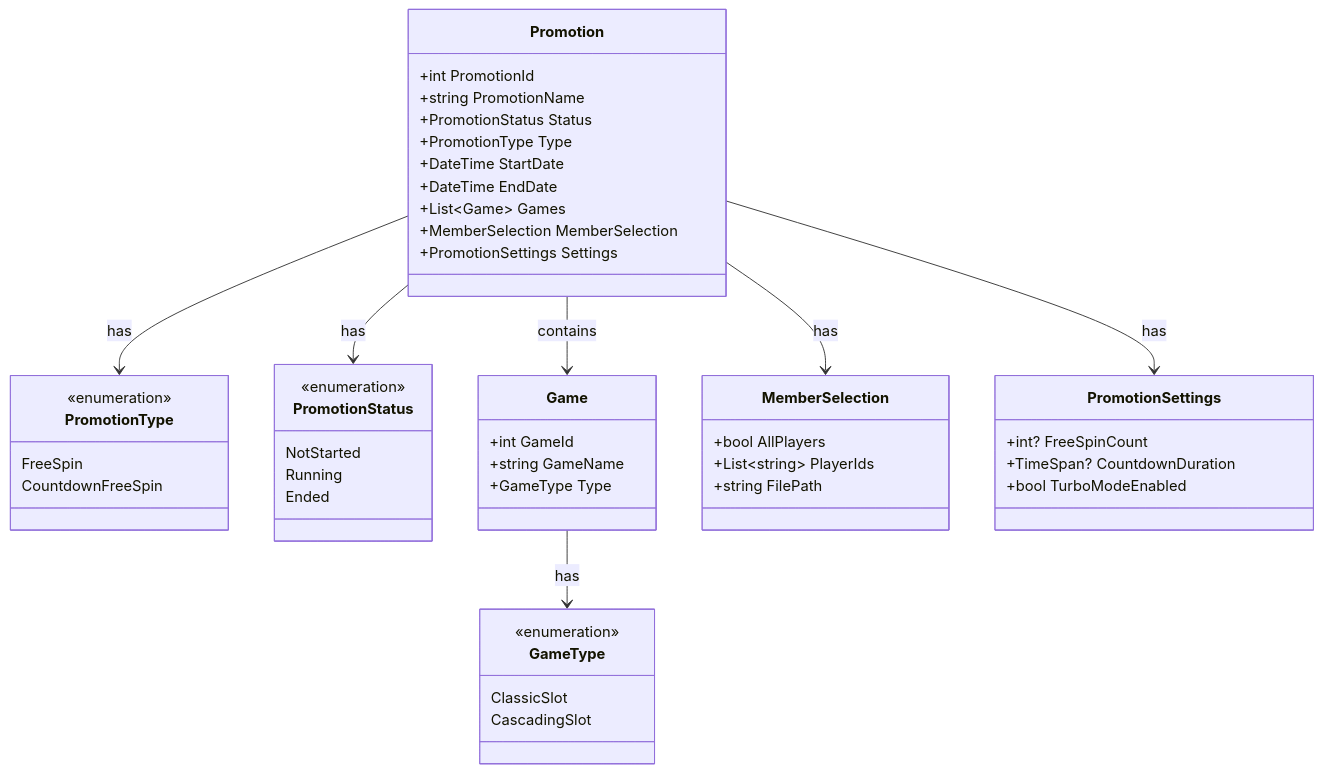
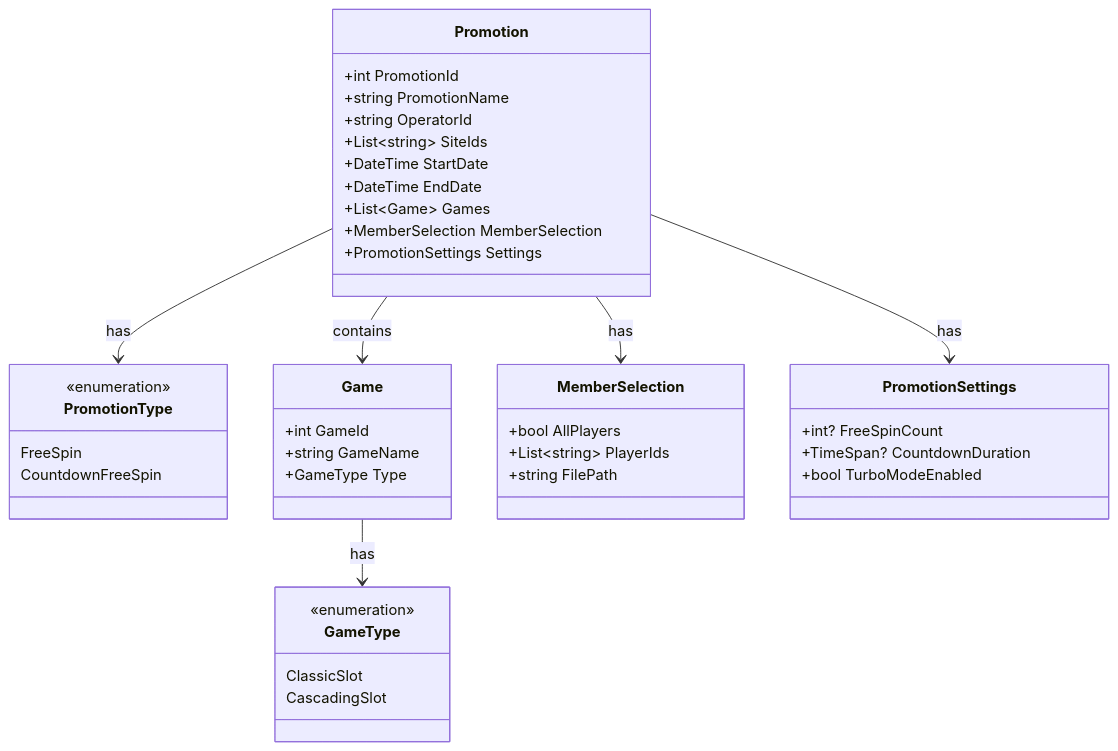
Before and after one commit to starixvn/l1_api: the diagram in diagrams/data-models/PromotionConfiguration.md, drawn with Mermaid. The commit also changed other lines of this file, not shown here.

Commit message:
doc: update PromotionConfiguration

````diff
--- a/diagrams/data-models/PromotionConfiguration.md
+++ b/diagrams/data-models/PromotionConfiguration.md
@@ -7,58 +7,50 @@
 ```mermaid
 classDiagram
     class Promotion {
         +int PromotionId
         +string PromotionName
-        +PromotionStatus Status
-        +PromotionType Type
+        +string OperatorId
+        +List~string~ SiteIds
         +DateTime StartDate
         +DateTime EndDate
         +List~Game~ Games
         +MemberSelection MemberSelection
         +PromotionSettings Settings
     }
 
     class PromotionType {
         <<enumeration>>
         FreeSpin
         CountdownFreeSpin
-    }
-
-    class PromotionStatus {
-        <<enumeration>>
-        NotStarted
-        Running
-        Ended
     }
 
     class Game {
         +int GameId
         +string GameName
         +GameType Type
     }
 
     class GameType {
         <<enumeration>>
         ClassicSlot
         CascadingSlot
     }
 
     class MemberSelection {
         +bool AllPlayers
         +List~string~ PlayerIds
         +string FilePath
     }
 
     class PromotionSettings {
         +int? FreeSpinCount
         +TimeSpan? CountdownDuration
         +bool TurboModeEnabled
     }
 
     Promotion --> PromotionType : has
-    Promotion --> PromotionStatus : has
     Promotion --> Game : contains
     Promotion --> MemberSelection : has
     Promotion --> PromotionSettings : has
     Game --> GameType : has
 ```
````
